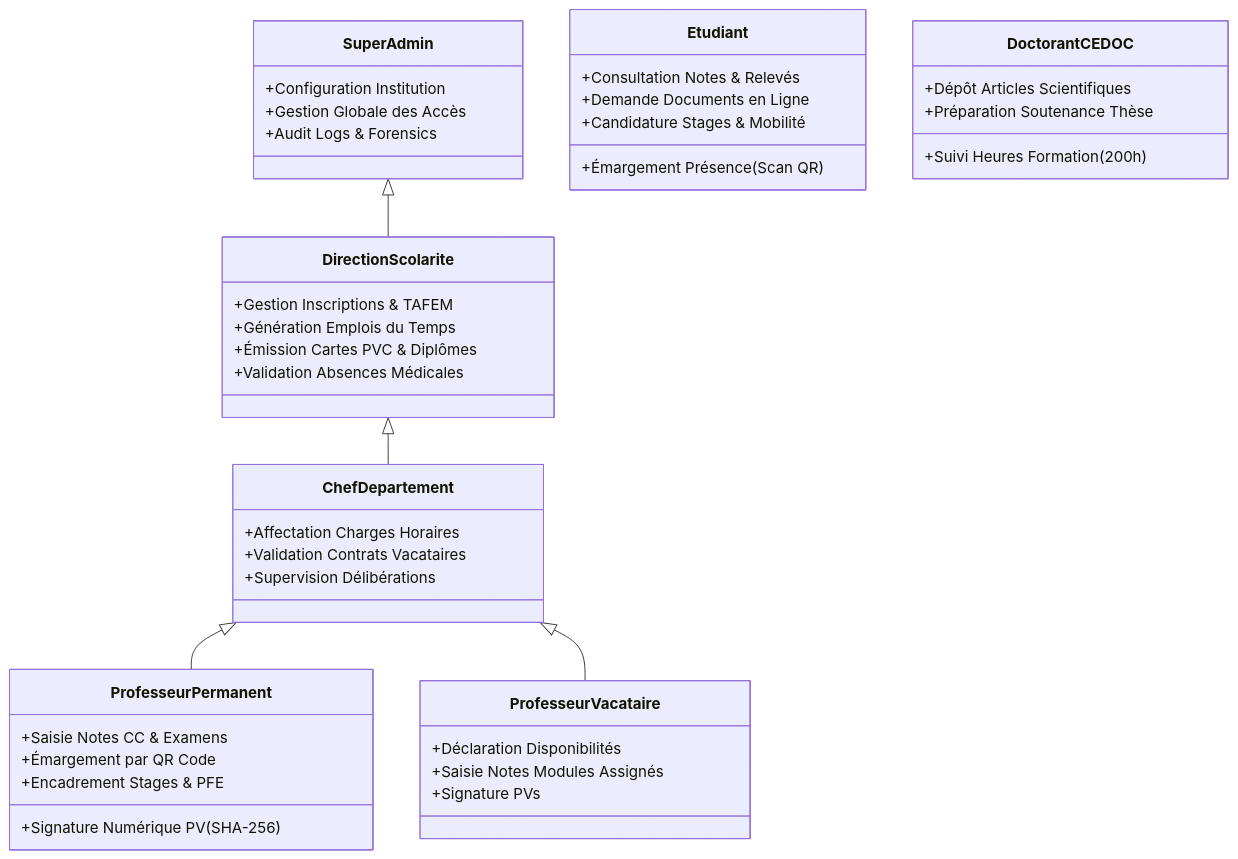
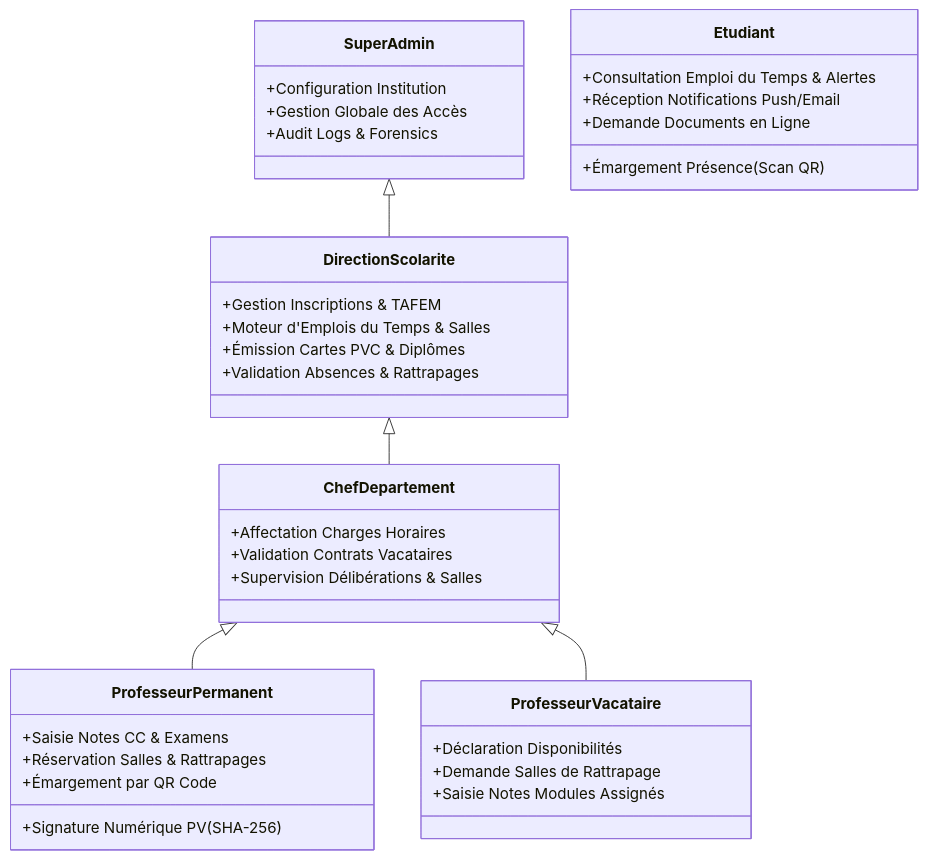
Before and after one commit to radouane99/ENCG-ERP: the tenth of 14 diagrams in README.md, drawn with Mermaid. The commit also changed other lines of this file and 6 other files, not shown here.

````diff
--- a/README.md
+++ b/README.md
@@ -83,46 +618,41 @@
 ```mermaid
 classDiagram
     class SuperAdmin {
         +Configuration Institution
         +Gestion Globale des Accès
         +Audit Logs & Forensics
     }
     class DirectionScolarite {
         +Gestion Inscriptions & TAFEM
-        +Génération Emplois du Temps
+        +Moteur d'Emplois du Temps & Salles
         +Émission Cartes PVC & Diplômes
-        +Validation Absences Médicales
+        +Validation Absences & Rattrapages
     }
     class ChefDepartement {
         +Affectation Charges Horaires
         +Validation Contrats Vacataires
-        +Supervision Délibérations
+        +Supervision Délibérations & Salles
     }
     class ProfesseurPermanent {
         +Saisie Notes CC & Examens
+        +Réservation Salles & Rattrapages
         +Signature Numérique PV (SHA-256)
         +Émargement par QR Code
-        +Encadrement Stages & PFE
     }
     class ProfesseurVacataire {
         +Déclaration Disponibilités
+        +Demande Salles de Rattrapage
         +Saisie Notes Modules Assignés
-        +Signature PVs
     }
     class Etudiant {
-        +Consultation Notes & Relevés
+        +Consultation Emploi du Temps & Alertes
+        +Réception Notifications Push/Email
         +Émargement Présence (Scan QR)
         +Demande Documents en Ligne
-        +Candidature Stages & Mobilité
-    }
-    class DoctorantCEDOC {
-        +Suivi Heures Formation (200h)
-        +Dépôt Articles Scientifiques
-        +Préparation Soutenance Thèse
     }
 
     SuperAdmin <|-- DirectionScolarite
     DirectionScolarite <|-- ChefDepartement
     ChefDepartement <|-- ProfesseurPermanent
     ChefDepartement <|-- ProfesseurVacataire
 ```
````
